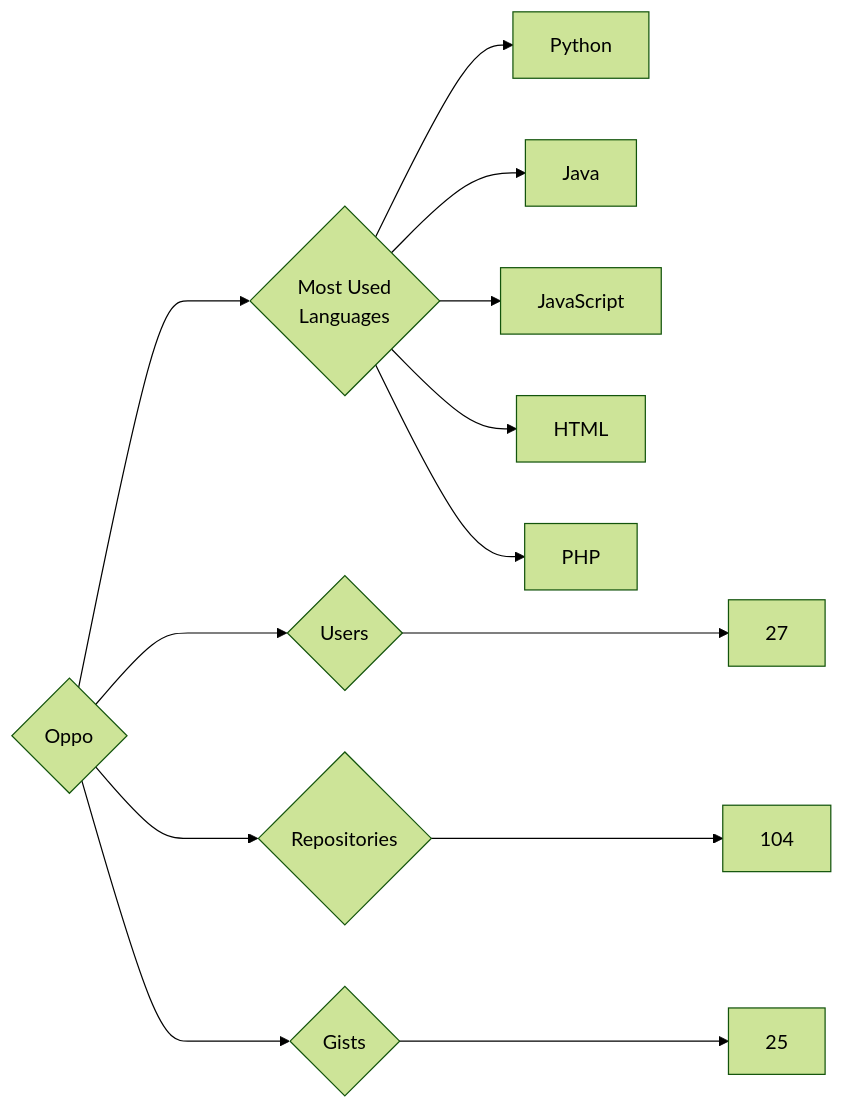
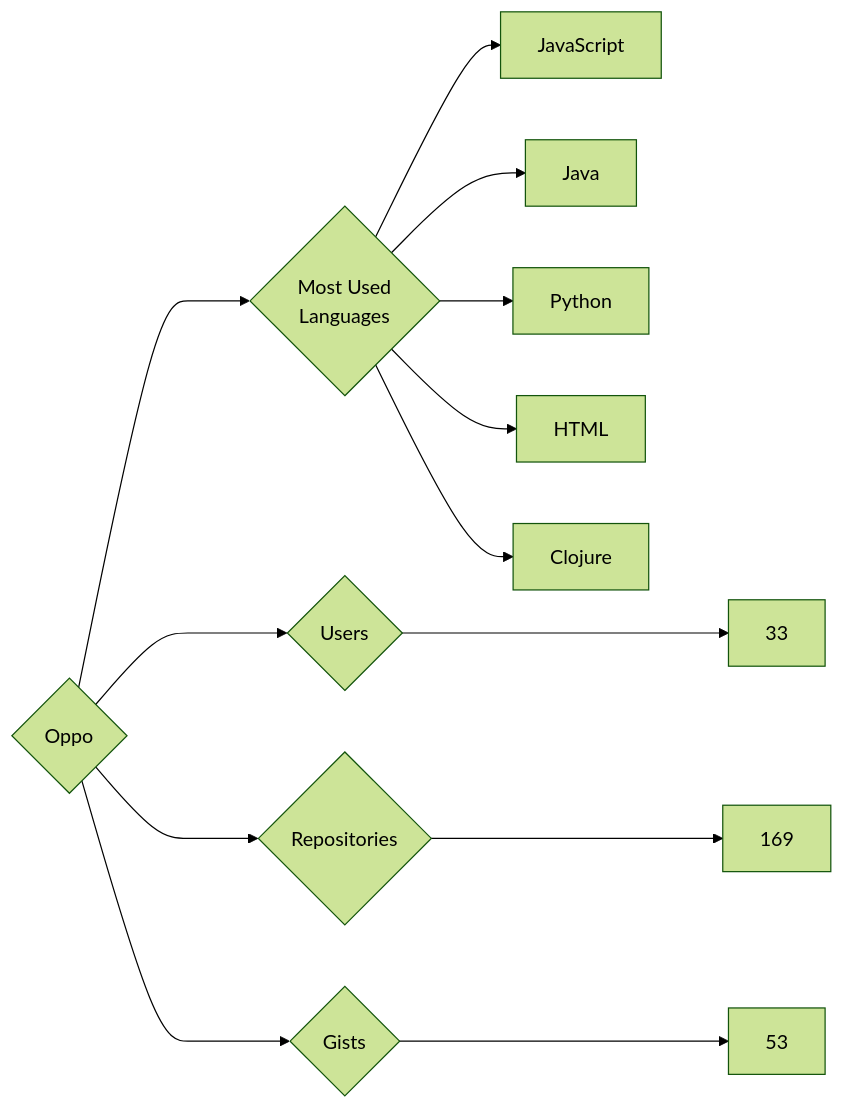
One commit to trickest/insiders changed the diagram in targets/Oppo/README.md. Above: the diagram before and after it, drawn with Mermaid (forest theme). The commit also changed 969 other files, not shown here.

````diff
--- a/targets/Oppo/README.md
+++ b/targets/Oppo/README.md
@@ -3,13 +3,13 @@
 ```mermaid
 graph LR
 COMPANY_NAME{Oppo}
-COMPANY_NAME ---> U{Users} ---> UN[27]
-COMPANY_NAME ---> R{Repositories} ---> RN[104]
-COMPANY_NAME ---> G{Gists} ---> GN[25]
+COMPANY_NAME ---> U{Users} ---> UN[33]
+COMPANY_NAME ---> R{Repositories} ---> RN[169]
+COMPANY_NAME ---> G{Gists} ---> GN[53]
 COMPANY_NAME ---> ML{Most Used<br>Languages}
+ML --> JavaScript[JavaScript]
+ML --> Java[Java]
 ML --> Python[Python]
-ML --> Java[Java]
-ML --> JavaScript[JavaScript]
 ML --> HTML[HTML]
-ML --> PHP[PHP]
+ML --> Clojure[Clojure]
 ```
````
